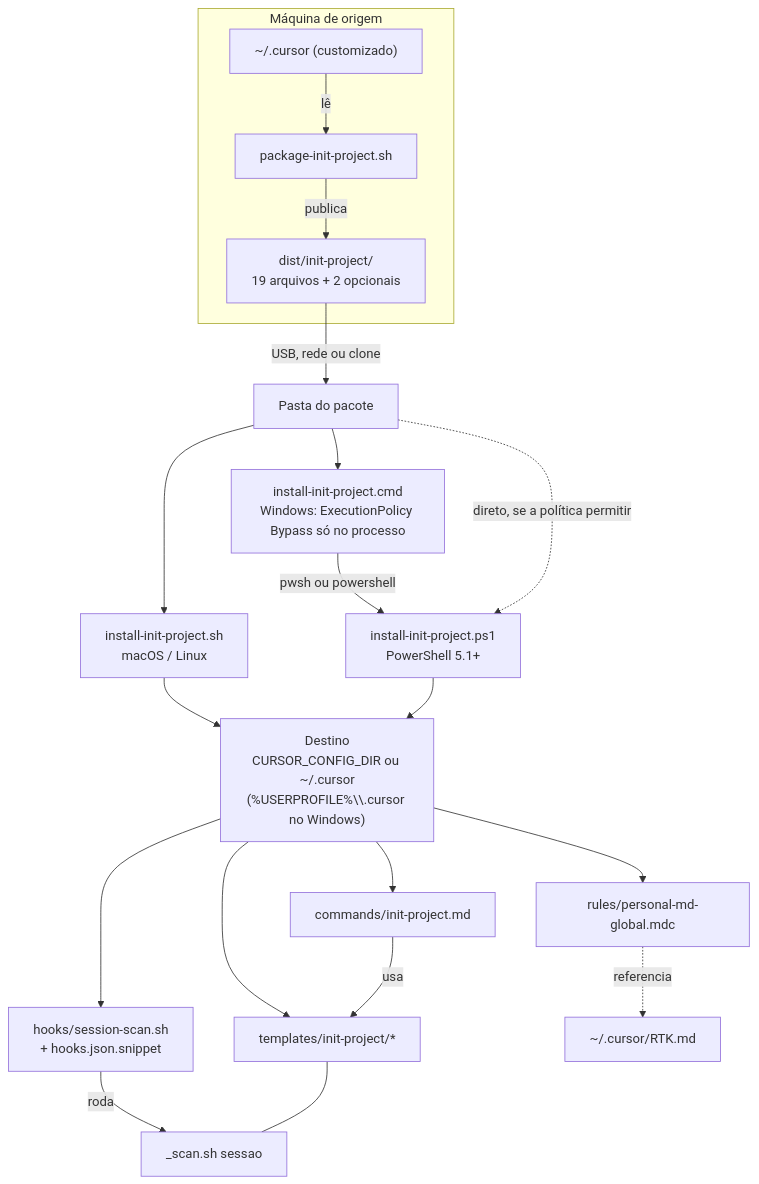
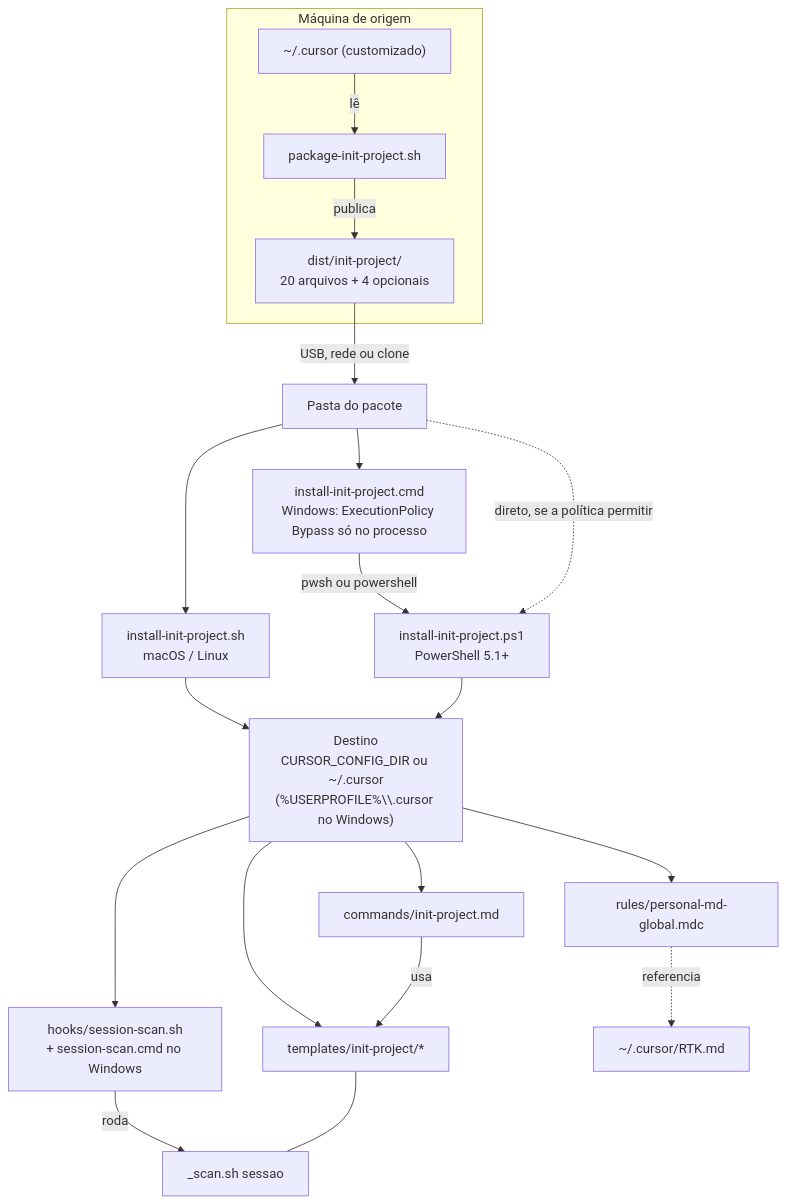
The first of 4 diagrams in docs/Organograma.md (c3t4r4/Personal-MD-for-Cursor), drawn with Mermaid before and after one commit. The commit also changed other lines of this file and 20 other files, not shown here.

````diff
--- a/docs/Organograma.md
+++ b/docs/Organograma.md
@@ -7,30 +7,30 @@
 ```mermaid
 flowchart TD
     subgraph origem["Máquina de origem"]
         CURSOR_SRC["~/.cursor (customizado)"]
         PKG["package-init-project.sh"]
-        DIST["dist/init-project/<br/>19 arquivos + 2 opcionais"]
+        DIST["dist/init-project/<br/>20 arquivos + 4 opcionais"]
         CURSOR_SRC -->|lê| PKG
         PKG -->|publica| DIST
     end
 
     DIST -->|USB, rede ou clone| ENTREGA["Pasta do pacote"]
 
     ENTREGA --> SH["install-init-project.sh<br/>macOS / Linux"]
     ENTREGA --> CMD_WIN["install-init-project.cmd<br/>Windows: ExecutionPolicy Bypass só no processo"]
     CMD_WIN -->|pwsh ou powershell| PS1["install-init-project.ps1<br/>PowerShell 5.1+"]
     ENTREGA -.->|direto, se a política permitir| PS1
 
     SH --> DEST["Destino<br/>CURSOR_CONFIG_DIR ou ~/.cursor<br/>(%USERPROFILE%\\.cursor no Windows)"]
     PS1 --> DEST
 
     DEST --> RULE["rules/personal-md-global.mdc"]
     DEST --> CMD["commands/init-project.md"]
     DEST --> TPL["templates/init-project/*"]
-    DEST --> HOOK["hooks/session-scan.sh<br/>+ hooks.json.snippet"]
+    DEST --> HOOK["hooks/session-scan.sh<br/>+ session-scan.cmd no Windows"]
 
     RULE -.->|referencia| RTK["~/.cursor/RTK.md"]
     CMD -->|usa| TPL
     HOOK -->|roda| SCAN["_scan.sh sessao"]
     TPL --- SCAN
 ```
````
